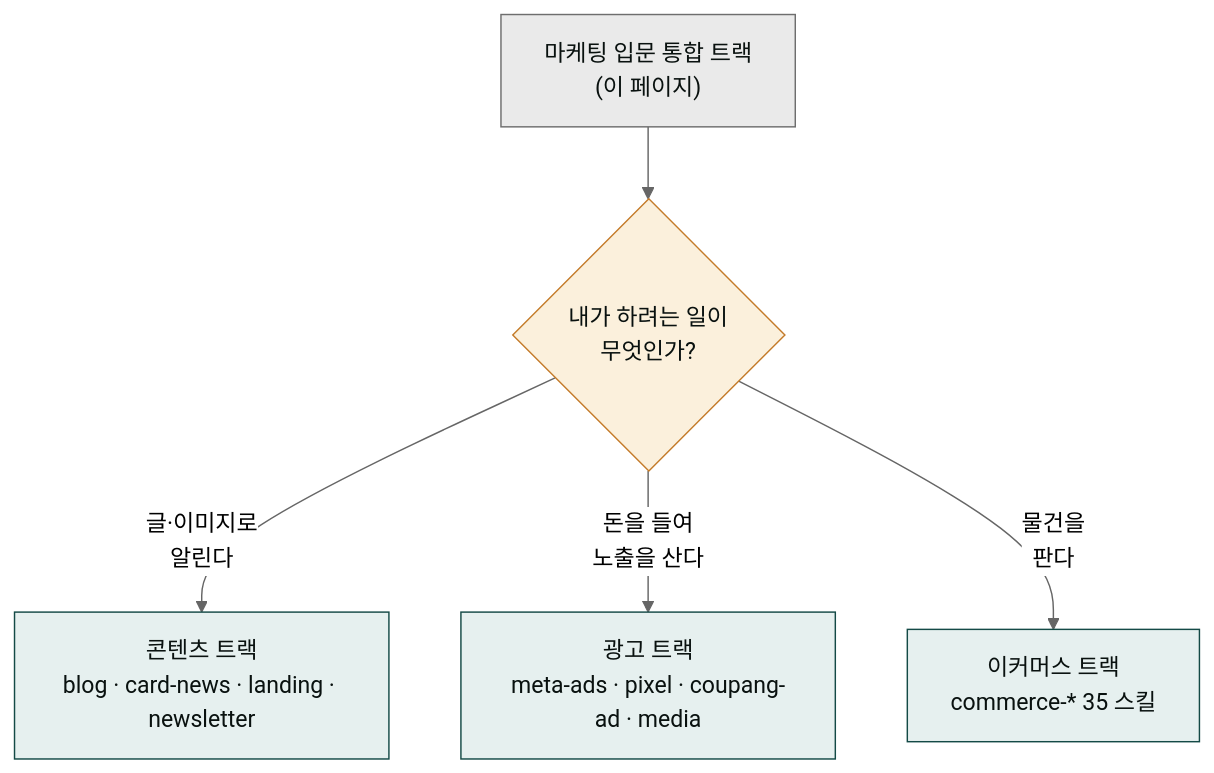
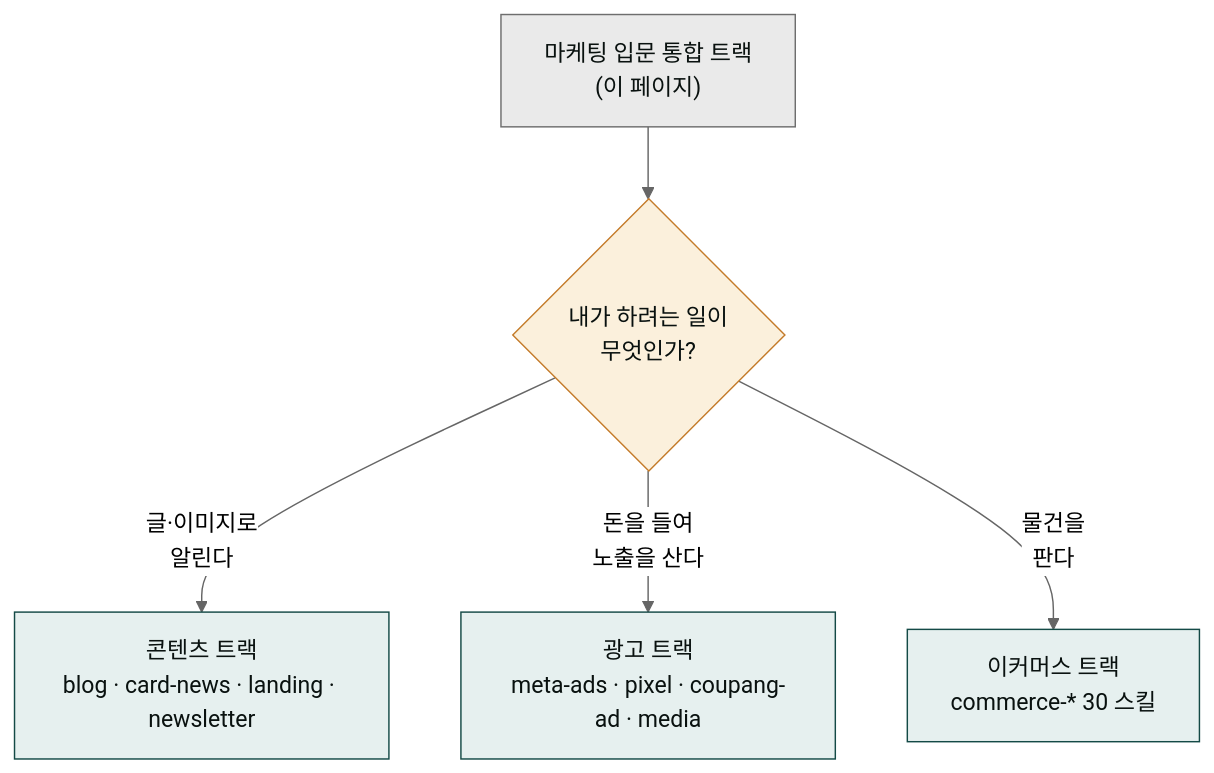
One commit to modu-ai/claude changed the diagram in content/cookbook/tracks/track-marketing.md. Above: the diagram before and after it, drawn with Mermaid (neutral theme). The commit also changed other lines of this file and 84 other files, not shown here.

First line of the commit message:
docs(docs-site): drawio → mermaid 전환 + 카운트 정정 + drawio 잔재 제거 (v2.23.0)

````diff
--- a/content/cookbook/tracks/track-marketing.md
+++ b/content/cookbook/tracks/track-marketing.md
@@ -23,14 +23,14 @@
 ```mermaid
 flowchart TD
     Start["마케팅 입문 통합 트랙<br/>(이 페이지)"]
     Start --> Q{"내가 하려는 일이<br/>무엇인가?"}
     Q -- "글·이미지로<br/>알린다" --> C["콘텐츠 트랙<br/>blog · card-news · landing · newsletter"]
     Q -- "돈을 들여<br/>노출을 산다" --> A["광고 트랙<br/>meta-ads · pixel · coupang-ad · media"]
-    Q -- "물건을<br/>판다" --> E["이커머스 트랙<br/>commerce-* 35 스킬"]
+    Q -- "물건을<br/>판다" --> E["이커머스 트랙<br/>commerce-* 30 스킬"]
 
     style Start fill:#eaeaea,stroke:#6e6e6e,color:#09110f
     style Q fill:#fbf0dc,stroke:#c47b2a,color:#09110f
     style C fill:#e6f0ef,stroke:#144a46,color:#09110f
     style A fill:#e6f0ef,stroke:#144a46,color:#09110f
     style E fill:#e6f0ef,stroke:#144a46,color:#09110f
 ```
````
